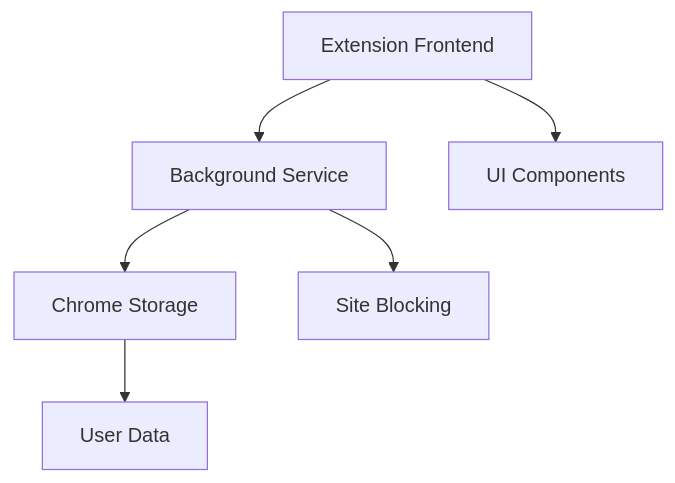
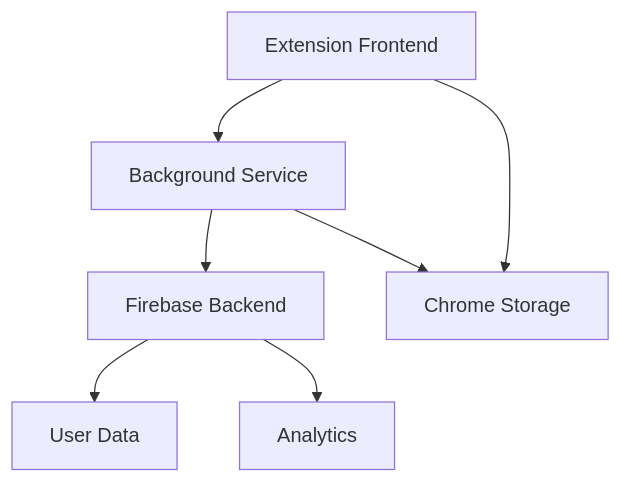
Before and after one commit to nabz0r/focus-flow-extension: the first of 3 diagrams in README.md, drawn with Mermaid. The commit also changed other lines of this file, not shown here.

Commit message:
restore: combine previous README elements with new roadmap

````diff
--- a/README.md
+++ b/README.md
@@ -7,8 +7,9 @@
 ```mermaid
 graph TD
     A[Extension Frontend] --> B[Background Service]
-    B --> D[Chrome Storage]
-    D --> E[User Data]
-    B --> F[Site Blocking]
-    A --> G[UI Components]
+    B --> C[Firebase Backend]
+    A --> D[Chrome Storage]
+    B --> D
+    C --> E[User Data]
+    C --> F[Analytics]
 ```
````
